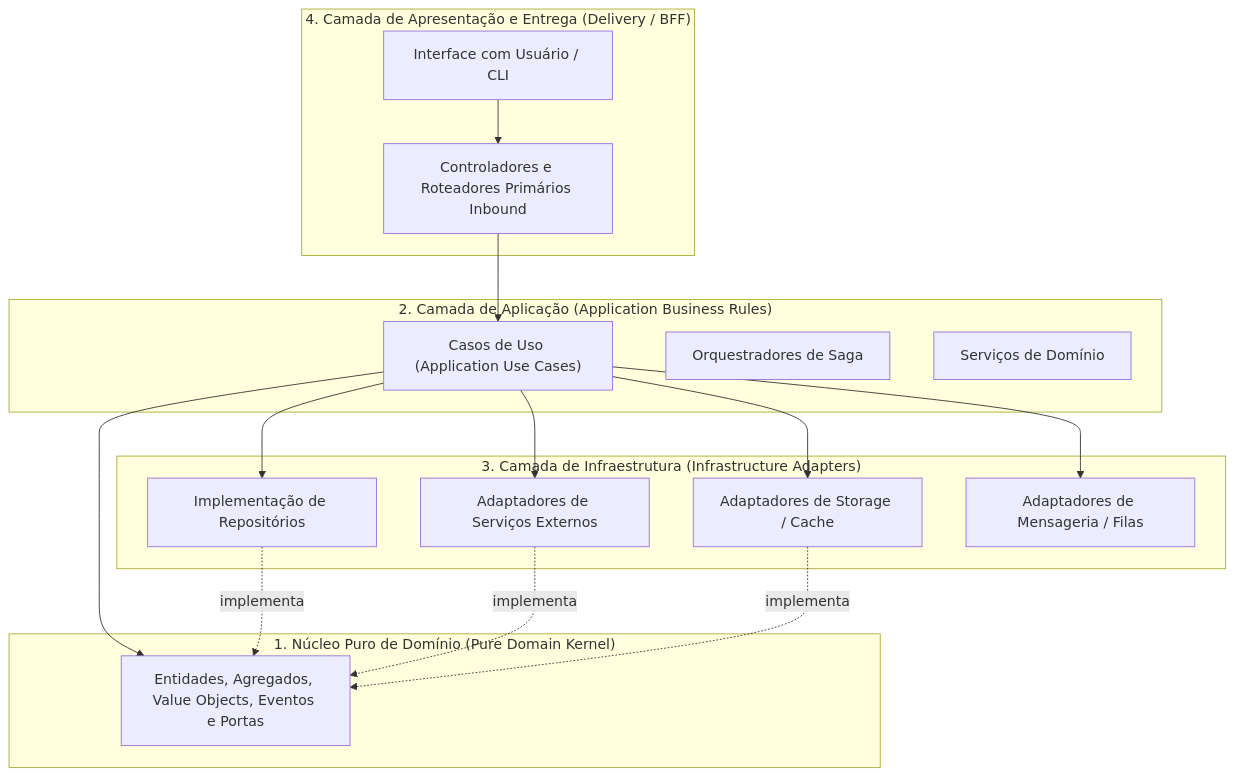
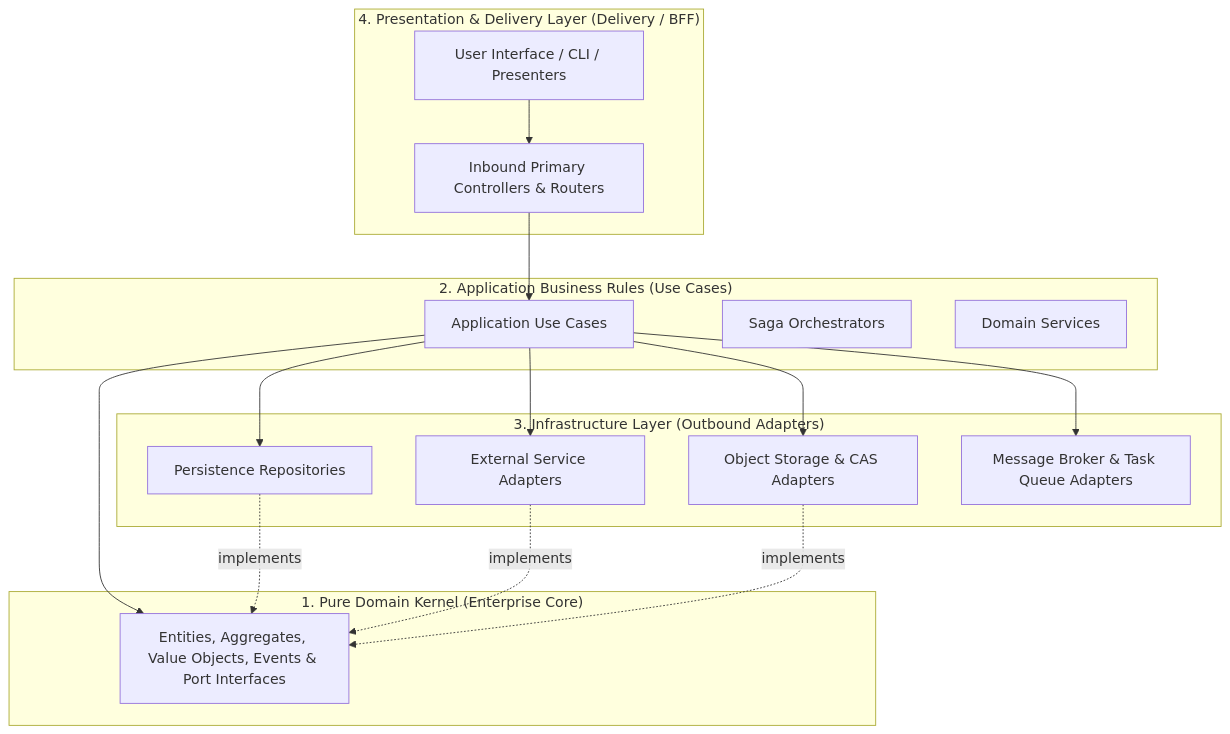
One commit to mathmach/mathmach.github.io changed the diagram in docs/architecture/clean-architecture-and-ddd.md. Above: the diagram before and after it, drawn with Mermaid. The commit also changed other lines of this file and 7 other files, not shown here.

Commit message:
docs: translate all architectural and methodology foundations to English

````diff
--- a/docs/architecture/clean-architecture-and-ddd.md
+++ b/docs/architecture/clean-architecture-and-ddd.md
@@ -11,35 +11,35 @@
 ```mermaid
 flowchart TD
-    subgraph Layer4["4. Camada de Apresentação e Entrega (Delivery / BFF)"]
-        UI["Interface com Usuário / CLI"]
-        Controller["Controladores e Roteadores Primários Inbound"]
+    subgraph Layer4["4. Presentation & Delivery Layer (Delivery / BFF)"]
+        UI["User Interface / CLI / Presenters"]
+        Controller["Inbound Primary Controllers & Routers"]
     end
 
-    subgraph Layer2["2. Camada de Aplicação (Application Business Rules)"]
-        UseCase["Casos de Uso (Application Use Cases)"]
-        Saga["Orquestradores de Saga"]
-        DomainService["Serviços de Domínio"]
+    subgraph Layer2["2. Application Business Rules (Use Cases)"]
+        UseCase["Application Use Cases"]
+        Saga["Saga Orchestrators"]
+        DomainService["Domain Services"]
     end
 
-    subgraph Layer1["1. Núcleo Puro de Domínio (Pure Domain Kernel)"]
-        Domain["Entidades, Agregados, Value Objects, Eventos e Portas"]
+    subgraph Layer1["1. Pure Domain Kernel (Enterprise Core)"]
+        Domain["Entities, Aggregates, Value Objects, Events & Port Interfaces"]
     end
 
-    subgraph Layer3["3. Camada de Infraestrutura (Infrastructure Adapters)"]
-        RepoImpl["Implementação de Repositórios"]
-        ServiceAdapters["Adaptadores de Serviços Externos"]
-        StorageAdapters["Adaptadores de Storage / Cache"]
-        QueueAdapters["Adaptadores de Mensageria / Filas"]
+    subgraph Layer3["3. Infrastructure Layer (Outbound Adapters)"]
+        RepoImpl["Persistence Repositories"]
+        ServiceAdapters["External Service Adapters"]
+        StorageAdapters["Object Storage & CAS Adapters"]
+        QueueAdapters["Message Broker & Task Queue Adapters"]
     end
 
     UI --> Controller
     Controller --> UseCase
     UseCase --> Domain
     UseCase --> RepoImpl
     UseCase --> ServiceAdapters
     UseCase --> StorageAdapters
     UseCase --> QueueAdapters
-    RepoImpl -.->|implementa| Domain
-    ServiceAdapters -.->|implementa| Domain
-    StorageAdapters -.->|implementa| Domain
+    RepoImpl -.->|implements| Domain
+    ServiceAdapters -.->|implements| Domain
+    StorageAdapters -.->|implements| Domain
 ```
````
